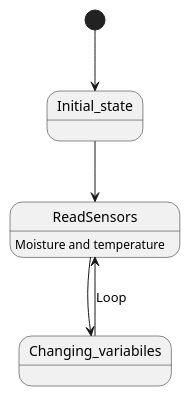
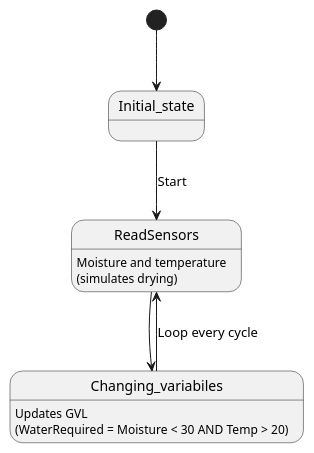
The diagram in src/chapter_1.md (mersi940/Individual-assignment), drawn with PlantUML before and after one commit. The commit also changed 10 other files, not shown here.

Commit message:
making slight changes in the diagrams and organise them

````diff
--- a/src/chapter_1.md
+++ b/src/chapter_1.md
@@ -2,12 +2,15 @@
 ```plantuml
 @startuml
 
 
 [*] --> Initial_state
-Initial_state --> ReadSensors
+Initial_state --> ReadSensors : Start
 ReadSensors: Moisture and temperature
+ReadSensors: (simulates drying)
 ReadSensors --> Changing_variabiles
-Changing_variabiles --> ReadSensors : Loop
+Changing_variabiles --> ReadSensors : Loop every cycle
+Changing_variabiles : Updates GVL
+Changing_variabiles : (WaterRequired = Moisture < 30 AND Temp > 20)
 @enduml
 
 ```
````
